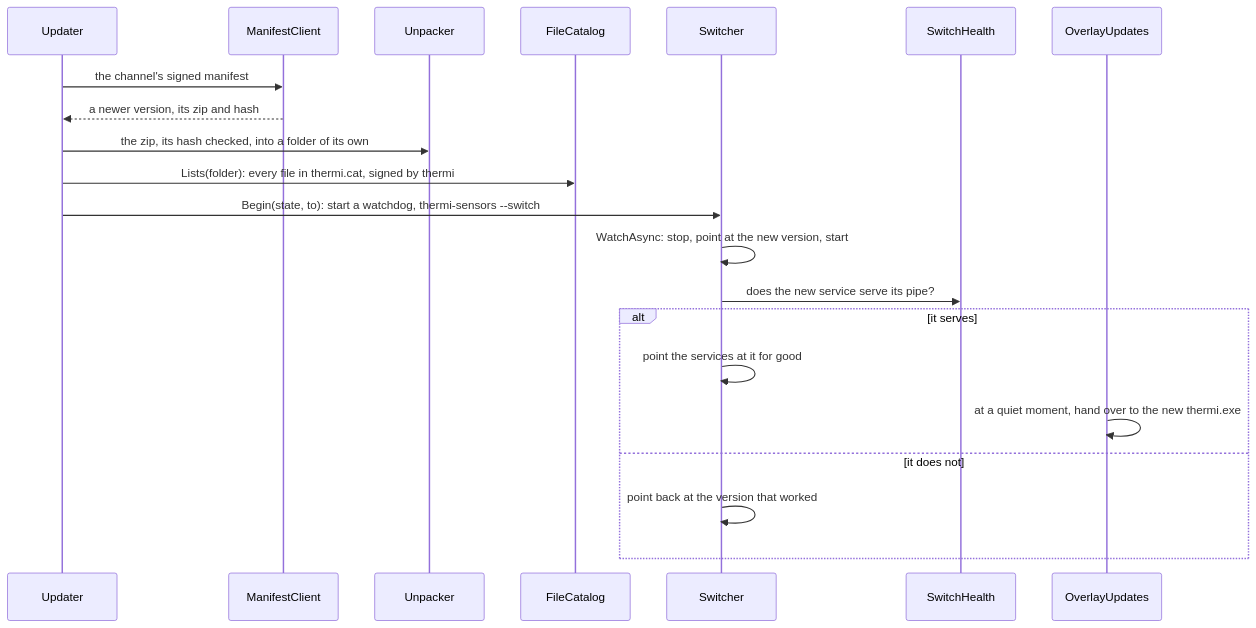
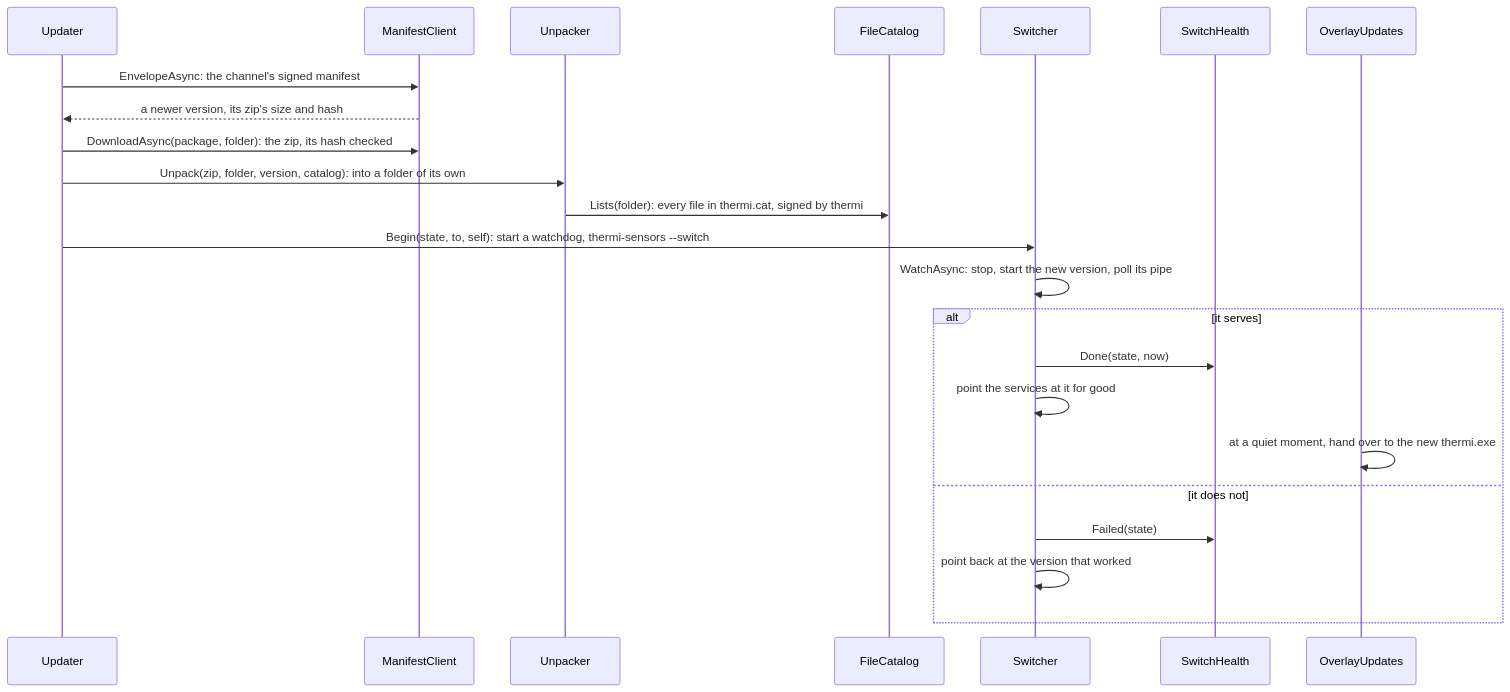
The fourth of 4 diagrams in docs/ARCHITECTURE.md (claudiopi/thermi), drawn with Mermaid before and after one commit. The commit also changed other lines of this file, not shown here.

First line of the commit message:
docs: the architecture's diagrams draw each call from the caller to the callee, as the code makes it

````diff
--- a/docs/ARCHITECTURE.md
+++ b/docs/ARCHITECTURE.md
@@ -124,23 +109,25 @@
 ```mermaid
 sequenceDiagram
     participant Updater as Updater
     participant Manifest as ManifestClient
     participant Unpacker as Unpacker
-    participant Trust as FileCatalog
+    participant Catalog as FileCatalog
     participant Switcher as Switcher
     participant Health as SwitchHealth
     participant Overlay as OverlayUpdates
-    Updater->>Manifest: the channel's signed manifest
-    Manifest-->>Updater: a newer version, its zip and hash
-    Updater->>Unpacker: the zip, its hash checked, into a folder of its own
-    Updater->>Trust: Lists(folder): every file in thermi.cat, signed by thermi
-    Updater->>Switcher: Begin(state, to): start a watchdog, thermi-sensors --switch
-    Switcher->>Switcher: WatchAsync: stop, point at the new version, start
-    Switcher->>Health: does the new service serve its pipe?
+    Updater->>Manifest: EnvelopeAsync: the channel's signed manifest
+    Manifest-->>Updater: a newer version, its zip's size and hash
+    Updater->>Manifest: DownloadAsync(package, folder): the zip, its hash checked
+    Updater->>Unpacker: Unpack(zip, folder, version, catalog): into a folder of its own
+    Unpacker->>Catalog: Lists(folder): every file in thermi.cat, signed by thermi
+    Updater->>Switcher: Begin(state, to, self): start a watchdog, thermi-sensors --switch
+    Switcher->>Switcher: WatchAsync: stop, start the new version, poll its pipe
     alt it serves
+        Switcher->>Health: Done(state, now)
         Switcher->>Switcher: point the services at it for good
         Overlay->>Overlay: at a quiet moment, hand over to the new thermi.exe
     else it does not
+        Switcher->>Health: Failed(state)
         Switcher->>Switcher: point back at the version that worked
     end
 ```
````
